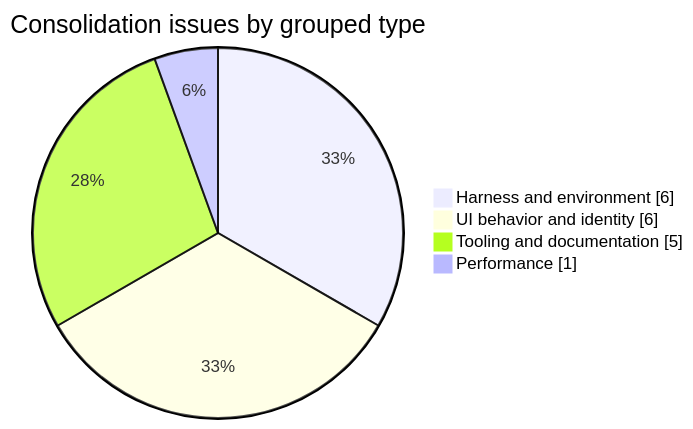
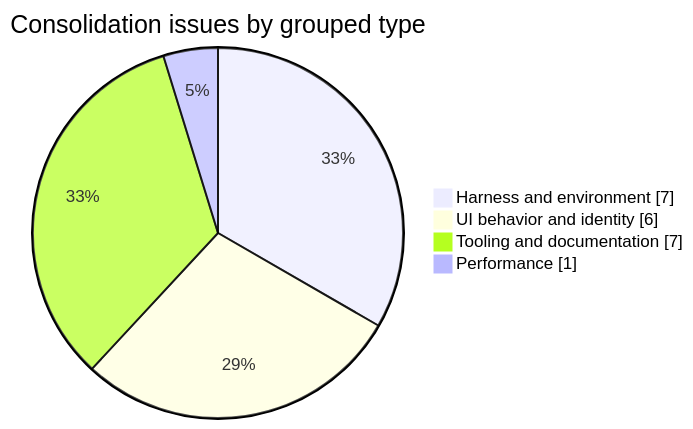
Before and after one commit to pranems/SCIMServer: the first of 9 diagrams in docs/auth/EXECUTION_ISSUES_AND_RCA.md, drawn with Mermaid. The commit also changed other lines of this file and 8 other files, not shown here.

````diff
--- a/docs/auth/EXECUTION_ISSUES_AND_RCA.md
+++ b/docs/auth/EXECUTION_ISSUES_AND_RCA.md
@@ -130,8 +155,8 @@
 ```mermaid
 pie showData
   title Consolidation issues by grouped type
-  "Harness and environment" : 6
+  "Harness and environment" : 7
   "UI behavior and identity" : 6
-  "Tooling and documentation" : 5
+  "Tooling and documentation" : 7
   "Performance" : 1
 ```
````
